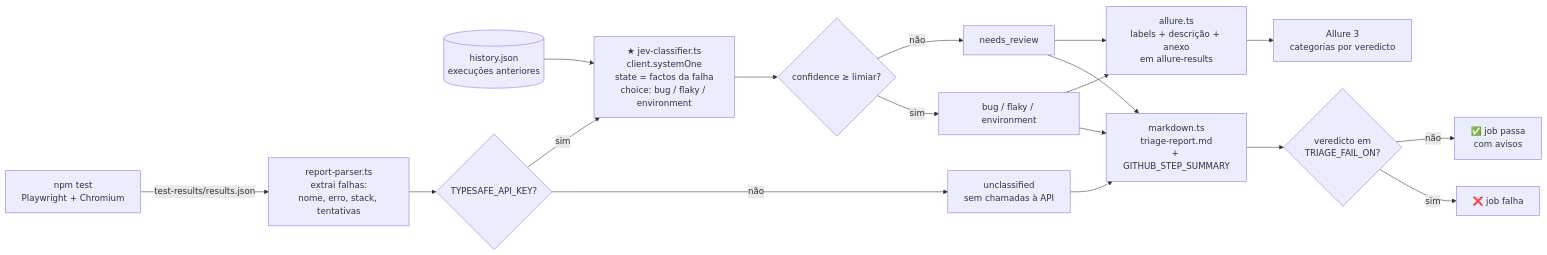
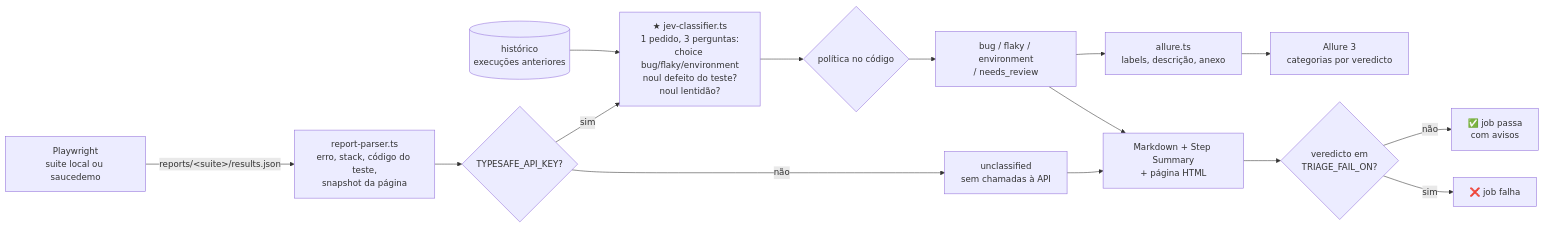
Before and after one commit to BRLorena/jev_test: the diagram in README.md, drawn with Mermaid. The commit also changed other lines of this file and 23 other files, not shown here.

Commit message:
Add saucedemo suite, noul questions (test code defect, slowness) and per-suite reports

````diff
--- a/README.md
+++ b/README.md
@@ -24,20 +44,17 @@
 ```mermaid
 flowchart LR
-    A[npm test<br/>Playwright + Chromium] -->|test-results/results.json| B[report-parser.ts<br/>extrai falhas:<br/>nome, erro, stack, tentativas]
-    P[(history.json<br/>execuções anteriores)] --> E
+    A[Playwright<br/>suite local ou saucedemo] -->|reports/&lt;suite&gt;/results.json| B[report-parser.ts<br/>erro, stack, código do teste,<br/>snapshot da página]
+    P[(histórico<br/>execuções anteriores)] --> E
     B --> C{TYPESAFE_API_KEY?}
     C -- não --> D[unclassified<br/>sem chamadas à API]
-    C -- sim --> E[★ jev-classifier.ts<br/>client.systemOne<br/>state = factos da falha<br/>choice: bug / flaky / environment]
-    E --> F{confidence &ge; limiar?}
-    F -- sim --> G[bug / flaky / environment]
-    F -- não --> H[needs_review]
-    D --> I[markdown.ts<br/>triage-report.md<br/>+ GITHUB_STEP_SUMMARY]
+    C -- sim --> E[★ jev-classifier.ts<br/>1 pedido, 3 perguntas:<br/>choice bug/flaky/environment<br/>noul defeito do teste?<br/>noul lentidão?]
+    E --> F{política no código}
+    F --> G[bug / flaky / environment<br/>/ needs_review]
+    D --> I[Markdown + Step Summary<br/>+ página HTML]
     G --> I
-    H --> I
-    G --> X[allure.ts<br/>labels + descrição + anexo<br/>em allure-results]
-    H --> X
+    G --> X[allure.ts<br/>labels, descrição, anexo]
     X --> Y[Allure 3<br/>categorias por veredicto]
     I --> J{veredicto em<br/>TRIAGE_FAIL_ON?}
     J -- sim --> K[❌ job falha]
     J -- não --> L[✅ job passa<br/>com avisos]
 ```
````
